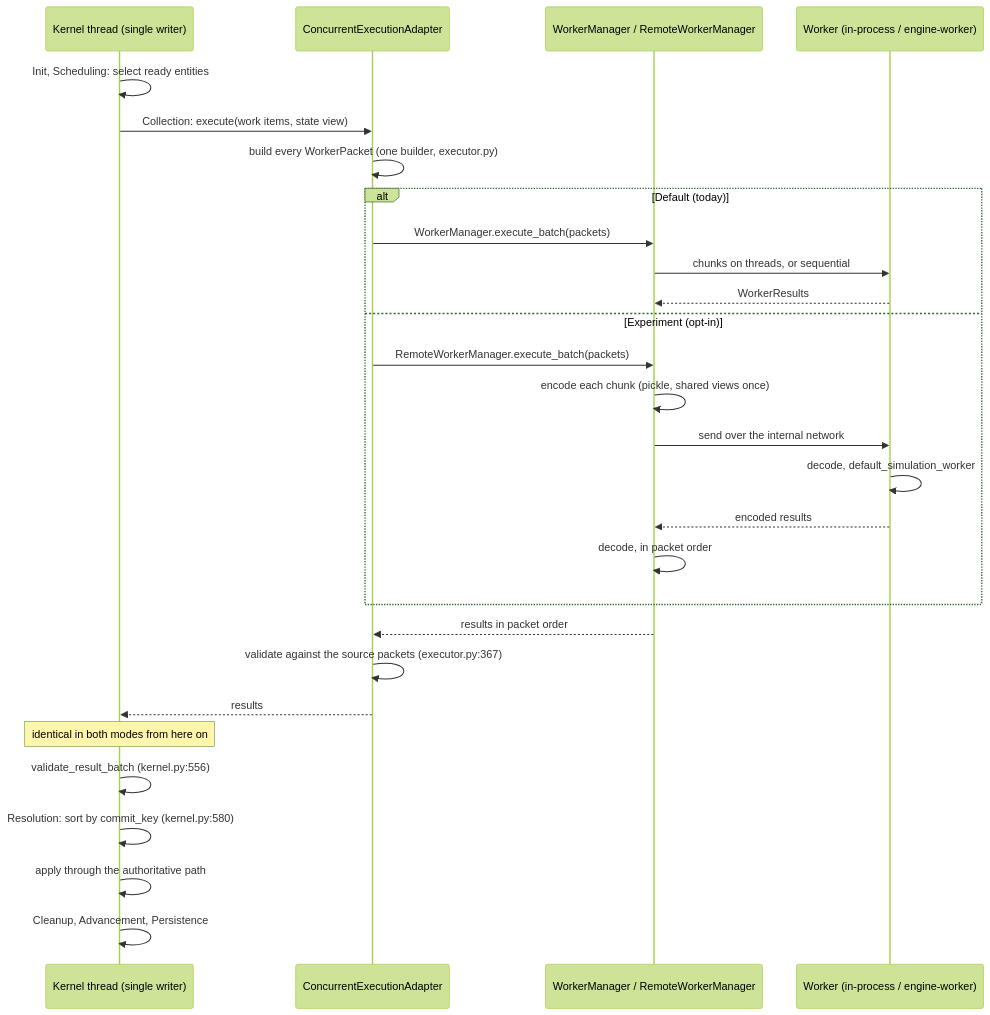
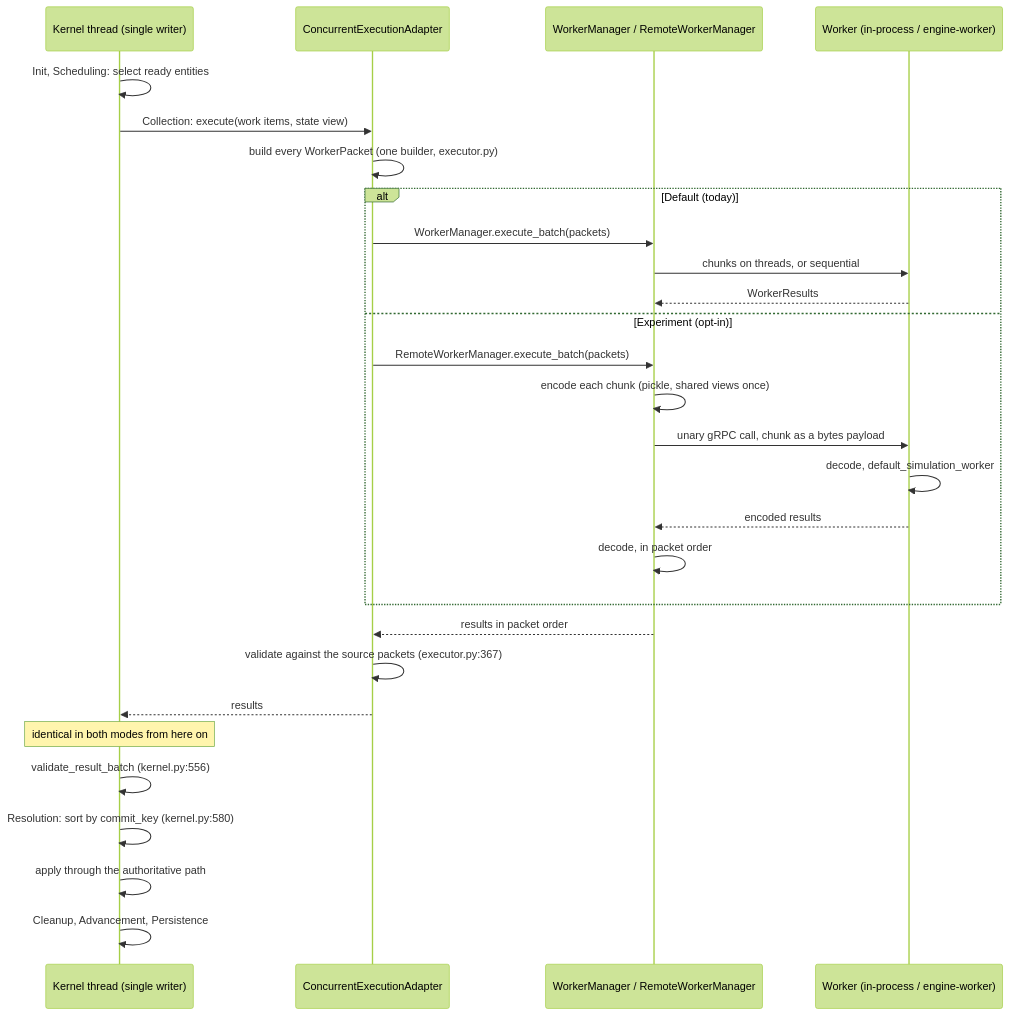
Before and after one commit to rpg-sim-lab/rpg-based-simulation: the third of 4 diagrams in docs/plans/architecture/distributed_workers_experiment_design.md, drawn with Mermaid (forest theme). The commit also changed other lines of this file and 4 other files, not shown here.

````diff
--- a/docs/plans/architecture/distributed_workers_experiment_design.md
+++ b/docs/plans/architecture/distributed_workers_experiment_design.md
@@ -98,31 +99,32 @@
 ```mermaid
 sequenceDiagram
     participant K as Kernel thread (single writer)
     participant AD as ConcurrentExecutionAdapter
     participant M as WorkerManager / RemoteWorkerManager
     participant W as Worker (in-process / engine-worker)
 
     K->>K: Init, Scheduling: select ready entities
     K->>AD: Collection: execute(work items, state view)
     AD->>AD: build every WorkerPacket (one builder, executor.py)
     alt Default (today)
         AD->>M: WorkerManager.execute_batch(packets)
         M->>W: chunks on threads, or sequential
         W-->>M: WorkerResults
     else Experiment (opt-in)
         AD->>M: RemoteWorkerManager.execute_batch(packets)
         M->>M: encode each chunk (pickle, shared views once)
-        M->>W: send over the internal network
+        M->>W: unary gRPC call, chunk as a bytes payload
+
         W->>W: decode, default_simulation_worker
         W-->>M: encoded results
         M->>M: decode, in packet order
     end
     M-->>AD: results in packet order
     AD->>AD: validate against the source packets (executor.py:367)
     AD-->>K: results
     Note over K: identical in both modes from here on
     K->>K: validate_result_batch (kernel.py:556)
     K->>K: Resolution: sort by commit_key (kernel.py:580)
     K->>K: apply through the authoritative path
     K->>K: Cleanup, Advancement, Persistence
 ```
````
